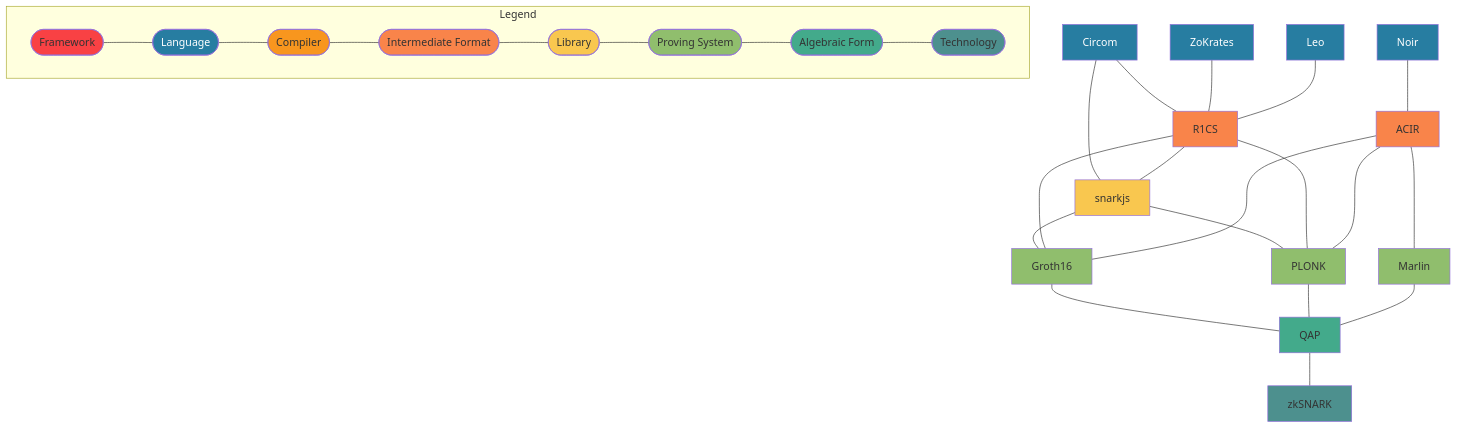
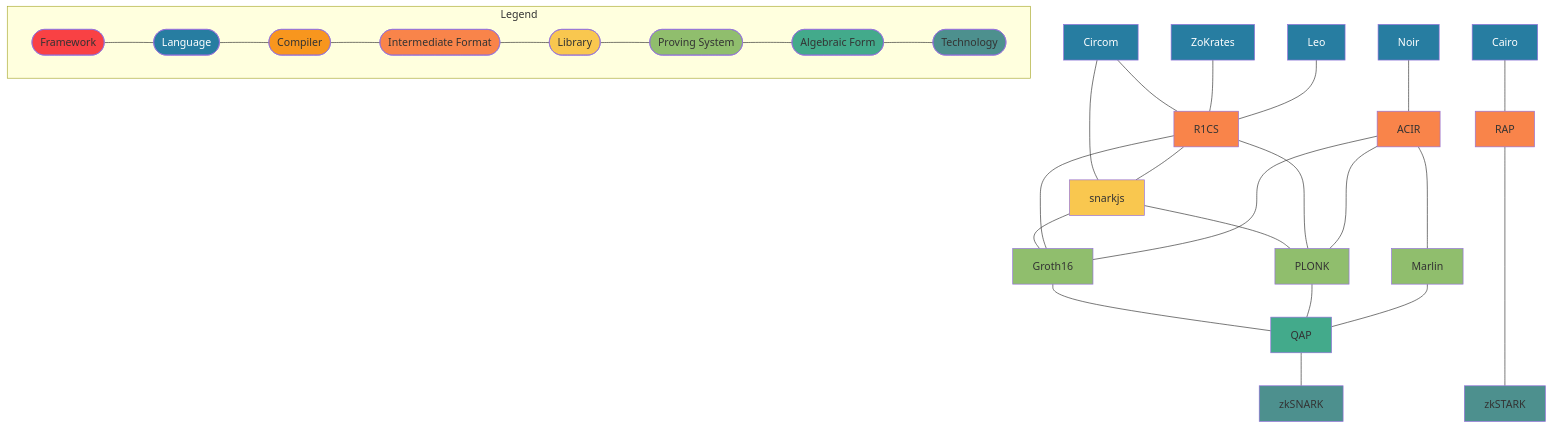
One commit to alxkzmn/zk-atlas changed the diagram in README.md. Above: the diagram before and after it, drawn with Mermaid.

Commit message:
Add Cairo

````diff
--- a/README.md
+++ b/README.md
@@ -1,50 +1,53 @@
 ```mermaid
 graph TD
+    subgraph Legend
+        Framework([Framework])---Lang([Language])---Compiler([Compiler])---Intermediate([Intermediate Format])---Library([Library])---ProvingSystem([Proving System])---AlgebraicForm([Algebraic Form])---Tech([Technology])
+    end
     Circom[Circom] --- R1CS[R1CS]
     Noir[Noir] --- ACIR[ACIR]
     Zokrates[ZoKrates] --- R1CS
     Leo[Leo] --- R1CS
+    Cairo[Cairo] --- RAP[RAP]
     snarkjs --- PLONK[PLONK]
     snarkjs --- Groth16[Groth16]
     Circom --- snarkjs
     R1CS --- snarkjs
     R1CS --- PLONK
     R1CS --- Groth16
     Groth16 --- QAP[QAP]
     PLONK --- QAP
     ACIR ---- Marlin
     ACIR ---- PLONK
     ACIR ---- Groth16
     Marlin[Marlin] --- QAP
     QAP --- zkSNARK[zkSNARK]
-    
-    subgraph Legend
-      Framework([Framework])---Lang([Language])---Compiler([Compiler])---Intermediate([Intermediate Format])---Library([Library])---ProvingSystem([Proving System])---AlgebraicForm([Algebraic Form])---Tech([Technology])
-    end
+    RAP ------ zkSTARK[zkSTARK]
     
     classDef framework fill:#f94144
     classDef lang fill:#277da1,color:#fff
     classDef compiler fill:#f8961e
     classDef intermediate fill:#f9844a
     classDef lib fill:#f9c74f
     classDef provingSystem fill:#90be6d
     classDef algForm fill:#43aa8b
     classDef tech fill:#4d908e
     classDef color9 fill:#f3722c
     classDef color10 fill:#577590
     
     class Framework framework
-    class Lang,Circom,Zokrates,Leo,Noir lang
+    class Lang,Circom,Zokrates,Leo,Noir,Cairo lang
     class Compiler compiler
-    class Intermediate,R1CS,ACIR intermediate
+    class Intermediate,R1CS,ACIR,RAP intermediate
     class Library,snarkjs lib
     class ProvingSystem,Groth16,PLONK,Marlin provingSystem
     class AlgebraicForm,QAP algForm
-    class Tech,zkSNARK tech
+    class Tech,zkSNARK,zkSTARK tech
     
     click Circom href "https://docs.circom.io/"
     click Zokrates href "https://zokrates.github.io/"
     click Leo href "https://leo-lang.org/"
     click Noir href "https://docs.aztec.network/developers/noir"
     click snarkjs href "https://github.com/iden3/snarkjs"
+    click Cairo href "https://eprint.iacr.org/2021/1063.pdf"
+    click RAP href "https://eprint.iacr.org/2021/1063.pdf"
 ```
````
